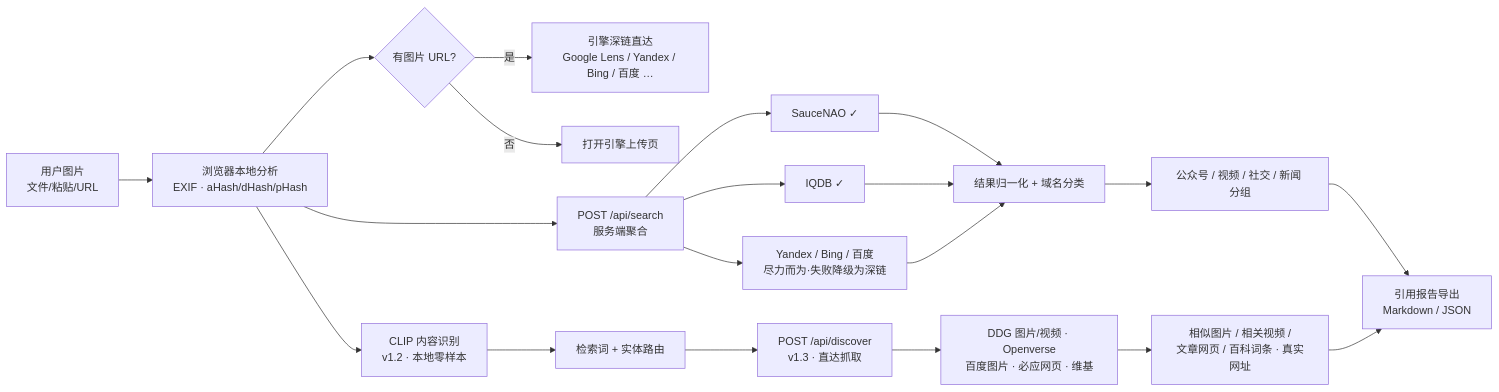
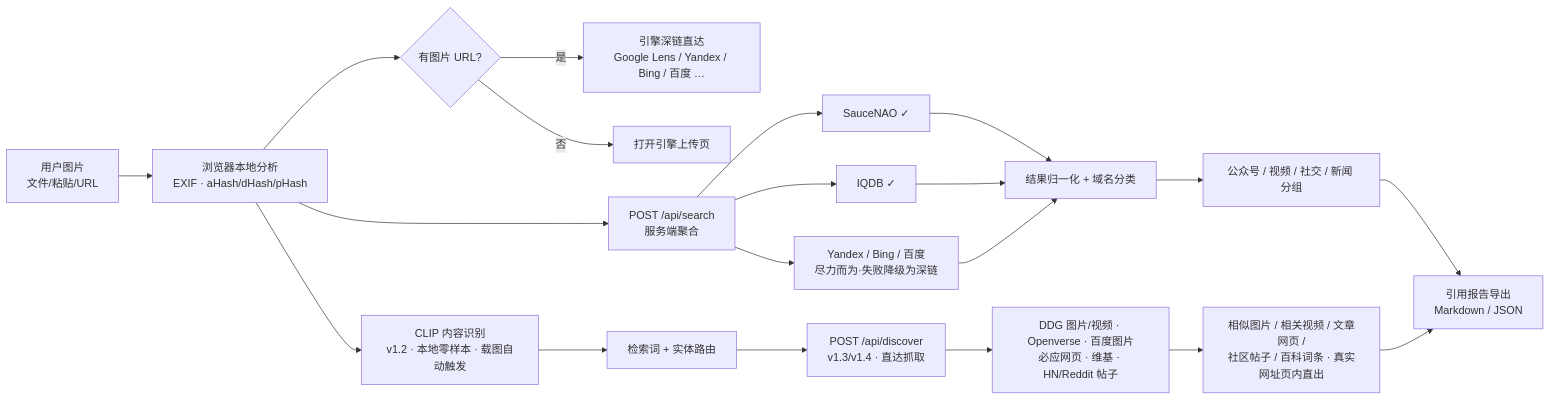
Before and after one commit to xiaoanping-101/pictrace: the first of 6 diagrams in README.md, drawn with Mermaid. The commit also changed other lines of this file and 10 other files, not shown here.

First line of the commit message:
feat: v1.4.0 零点击直达——载图即出结果，新增社区帖子源

````diff
--- a/README.md
+++ b/README.md
@@ -58,19 +58,19 @@
 ```mermaid
 flowchart LR
     A[用户图片<br/>文件/粘贴/URL] --> B[浏览器本地分析<br/>EXIF · aHash/dHash/pHash]
     B --> C1{有图片 URL?}
     C1 -- 是 --> D[引擎深链直达<br/>Google Lens / Yandex / Bing / 百度 …]
     C1 -- 否 --> E[打开引擎上传页]
     B --> F[POST /api/search<br/>服务端聚合]
     F --> G[SauceNAO ✓]
     F --> H[IQDB ✓]
     F --> I[Yandex / Bing / 百度<br/>尽力而为·失败降级为深链]
     G & H & I --> J[结果归一化 + 域名分类]
     J --> K[公众号 / 视频 / 社交 / 新闻 分组]
-    B --> M[CLIP 内容识别<br/>v1.2 · 本地零样本]
+    B --> M[CLIP 内容识别<br/>v1.2 · 本地零样本 · 载图自动触发]
     M --> N[检索词 + 实体路由]
-    N --> O[POST /api/discover<br/>v1.3 · 直达抓取]
-    O --> P[DDG 图片/视频 · Openverse<br/>百度图片 · 必应网页 · 维基]
-    P --> Q[相似图片 / 相关视频 /<br/>文章网页 / 百科词条 · 真实网址]
+    N --> O[POST /api/discover<br/>v1.3/v1.4 · 直达抓取]
+    O --> P[DDG 图片/视频 · Openverse · 百度图片<br/>必应网页 · 维基 · HN/Reddit 帖子]
+    P --> Q[相似图片 / 相关视频 / 文章网页 /<br/>社区帖子 / 百科词条 · 真实网址页内直出]
     K & Q --> L[引用报告导出<br/>Markdown / JSON]
 ```
````
